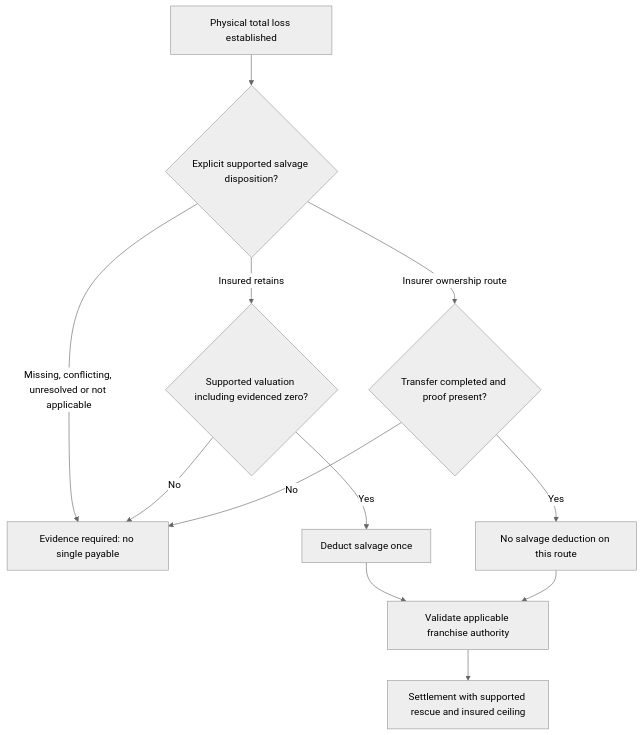
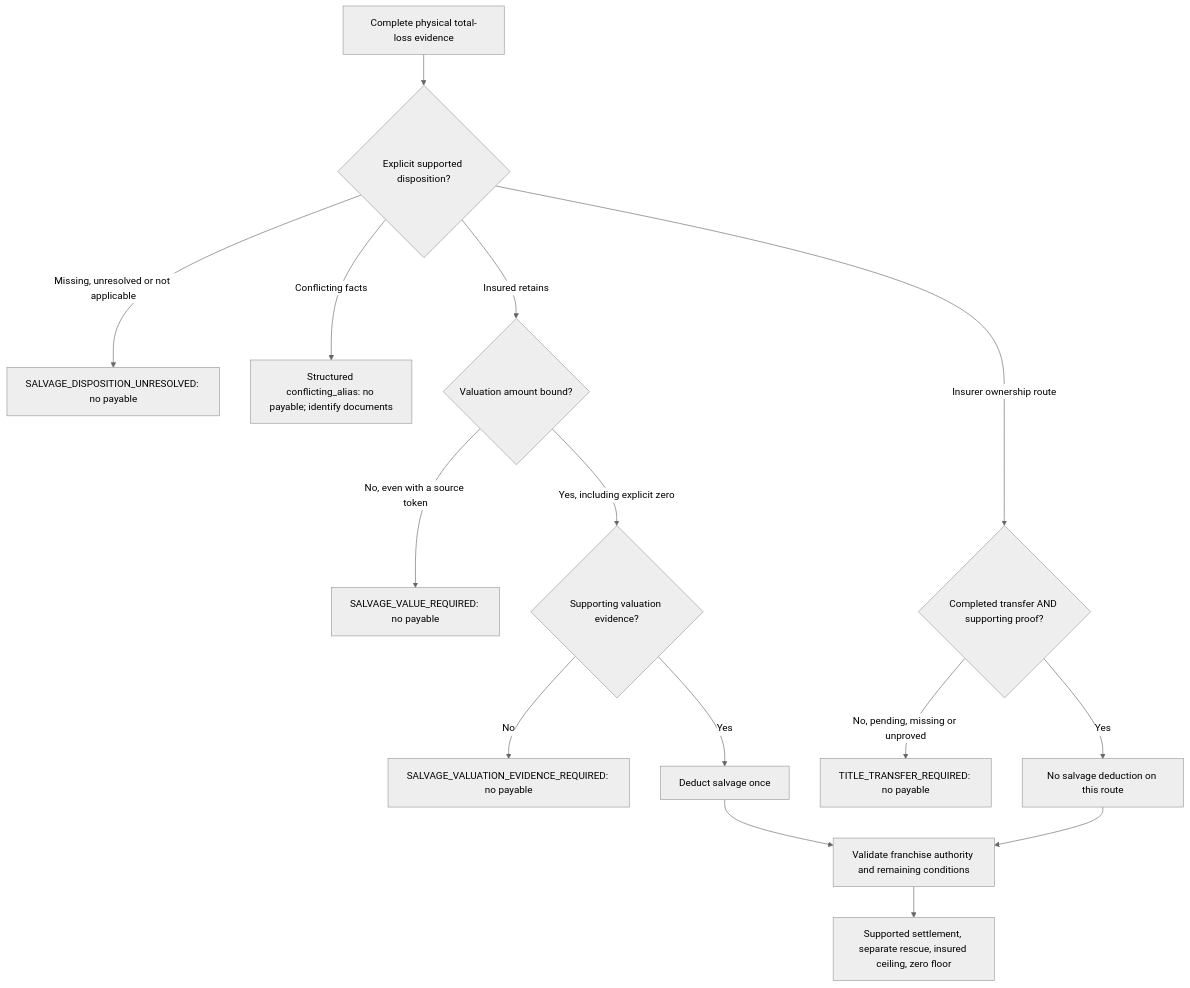
Before and after one commit to SoloMidMiram/Iranian-Auto-Body-Insurance-Claim-Calculation-Knowledge-Graph: the first of 3 diagrams in docs/BODY_SALVAGE_FRANCHISE_ART10_FLOW.md, drawn with Mermaid (neutral theme). The commit also changed other lines of this file and 46 other files, not shown here.

Commit message:
docs(settlement): preserve clean-checkout proof and independent acceptance package

````diff
--- a/docs/BODY_SALVAGE_FRANCHISE_ART10_FLOW.md
+++ b/docs/BODY_SALVAGE_FRANCHISE_ART10_FLOW.md
@@ -5,14 +7,17 @@
 ```mermaid
 flowchart TD
-  A["Physical total loss established"] --> B{"Explicit supported salvage disposition?"}
-  B -- "Missing, conflicting, unresolved or not applicable" --> N["Evidence required: no single payable"]
-  B -- "Insured retains" --> C{"Supported valuation including evidenced zero?"}
-  C -- "No" --> N
-  C -- "Yes" --> D["Deduct salvage once"]
-  B -- "Insurer ownership route" --> E{"Transfer completed and proof present?"}
-  E -- "No" --> N
-  E -- "Yes" --> F["No salvage deduction on this route"]
-  D --> G["Validate applicable franchise authority"]
-  F --> G
-  G --> H["Settlement with supported rescue and insured ceiling"]
+  A["Complete physical total-loss evidence"] --> B{"Explicit supported disposition?"}
+  B -- "Missing, unresolved or not applicable" --> N["SALVAGE_DISPOSITION_UNRESOLVED: no payable"]
+  B -- "Conflicting facts" --> X["Structured conflicting_alias: no payable; identify documents"]
+  B -- "Insured retains" --> C{"Valuation amount bound?"}
+  C -- "No, even with a source token" --> V["SALVAGE_VALUE_REQUIRED: no payable"]
+  C -- "Yes, including explicit zero" --> D{"Supporting valuation evidence?"}
+  D -- "No" --> E["SALVAGE_VALUATION_EVIDENCE_REQUIRED: no payable"]
+  D -- "Yes" --> F["Deduct salvage once"]
+  B -- "Insurer ownership route" --> G{"Completed transfer AND supporting proof?"}
+  G -- "No, pending, missing or unproved" --> T["TITLE_TRANSFER_REQUIRED: no payable"]
+  G -- "Yes" --> H["No salvage deduction on this route"]
+  F --> J["Validate franchise authority and remaining conditions"]
+  H --> J
+  J --> K["Supported settlement, separate rescue, insured ceiling, zero floor"]
 ```
````
